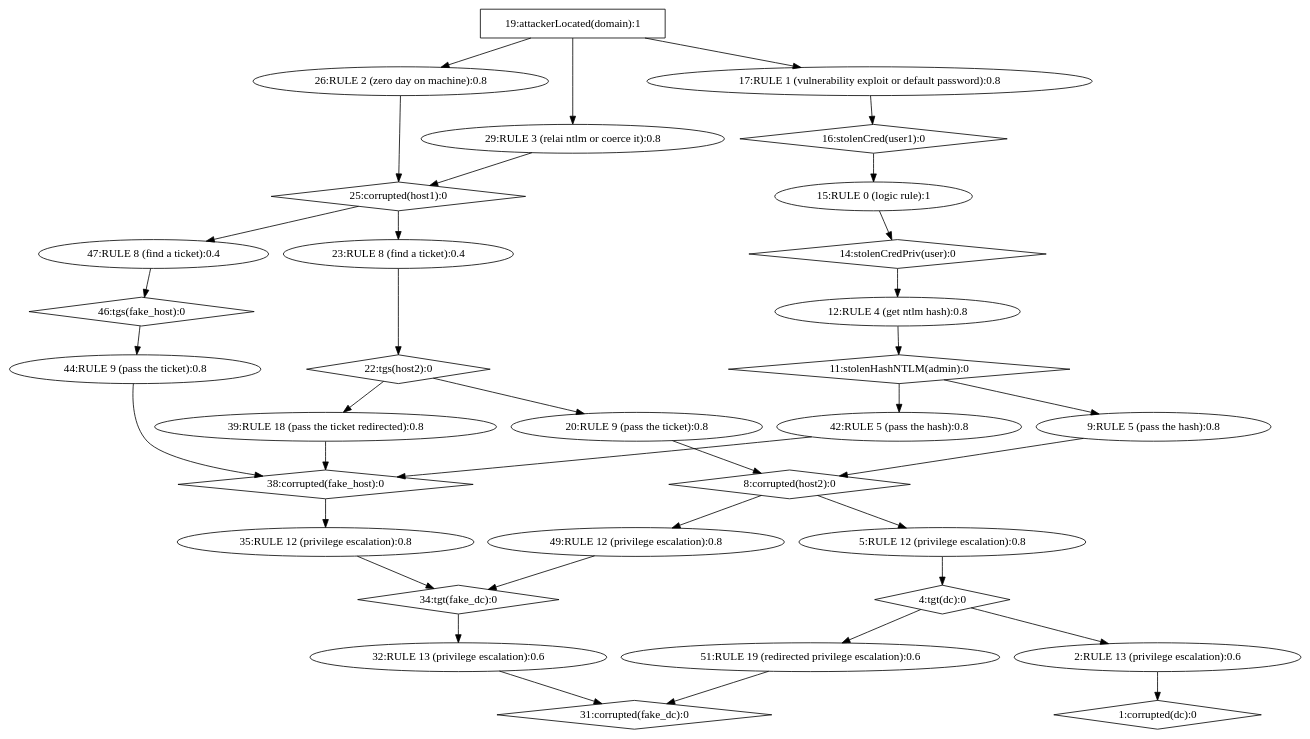
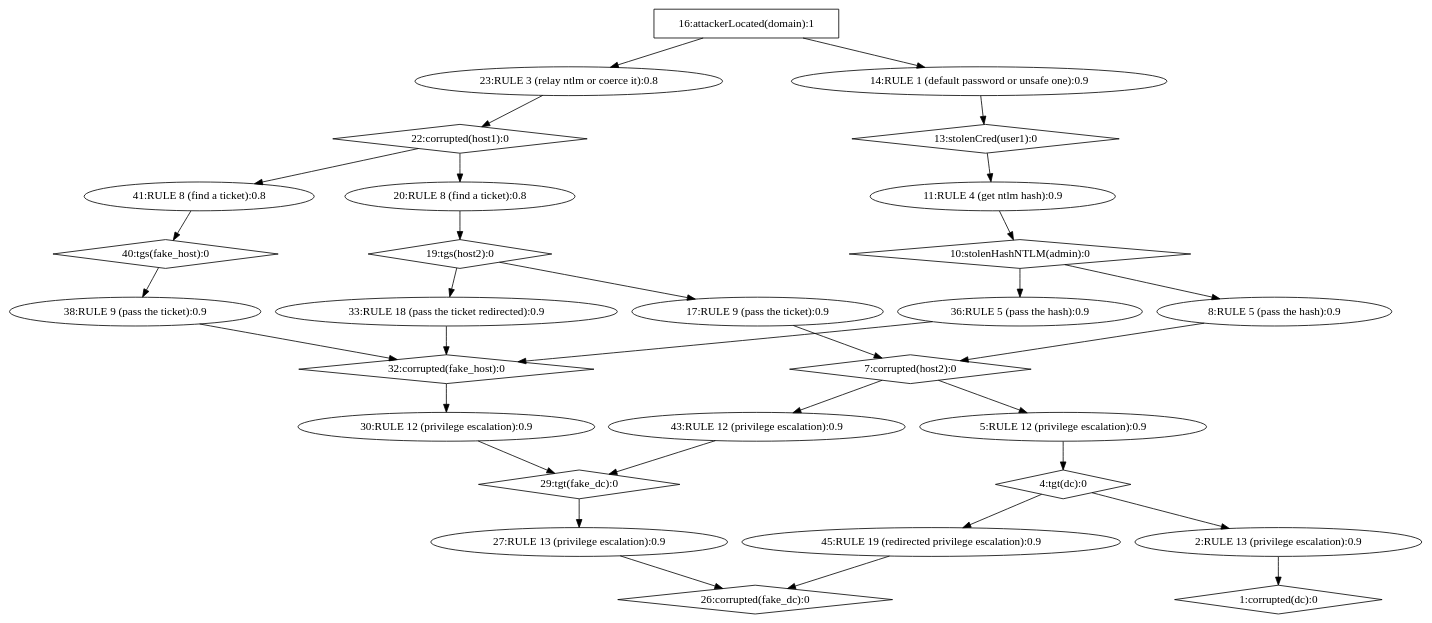
The diagram in Personnal_simulations/output_HightLevel/attack_paths/ag-reduced.dot (NathanaeldeLaChesnais/attacker_profiling_for_BAG_with_honeypots), drawn with Graphviz before and after one commit. The commit also changed 34 other files, not shown here.

```diff
--- a/Personnal_simulations/output_HightLevel/attack_paths/ag-reduced.dot
+++ b/Personnal_simulations/output_HightLevel/attack_paths/ag-reduced.dot
@@ -1,69 +1,62 @@
 strict digraph G {
   1 [ label="1:corrupted(dc):0" shape="diamond" CVE="null" ];
-  2 [ label="2:RULE 13 (privilege escalation):0.6" shape="ellipse" CVE="exploit_tgt" ];
+  2 [ label="2:RULE 13 (privilege escalation):0.9" shape="ellipse" CVE="exploit_tgt" ];
   3 [ label="4:tgt(dc):0" shape="diamond" CVE="null" ];
-  4 [ label="5:RULE 12 (privilege escalation):0.8" shape="ellipse" CVE="non_constraint_delegation" ];
-  5 [ label="8:corrupted(host2):0" shape="diamond" CVE="null" ];
-  6 [ label="9:RULE 5 (pass the hash):0.8" shape="ellipse" CVE="default_admin" ];
-  7 [ label="11:stolenHashNTLM(admin):0" shape="diamond" CVE="null" ];
-  8 [ label="12:RULE 4 (get ntlm hash):0.8" shape="ellipse" CVE="ntlm_hash" ];
-  9 [ label="14:stolenCredPriv(user):0" shape="diamond" CVE="null" ];
-  10 [ label="15:RULE 0 (logic rule):1" shape="ellipse" CVE="null" ];
-  11 [ label="16:stolenCred(user1):0" shape="diamond" CVE="null" ];
-  12 [ label="17:RULE 1 (vulnerability exploit or default password):0.8" shape="ellipse" CVE="bad_password" ];
-  13 [ label="19:attackerLocated(domain):1" shape="box" CVE="null" ];
-  14 [ label="20:RULE 9 (pass the ticket):0.8" shape="ellipse" CVE="ptt" ];
-  15 [ label="22:tgs(host2):0" shape="diamond" CVE="null" ];
-  16 [ label="23:RULE 8 (find a ticket):0.4" shape="ellipse" CVE="tgs" ];
-  17 [ label="25:corrupted(host1):0" shape="diamond" CVE="null" ];
-  18 [ label="26:RULE 2 (zero day on machine):0.8" shape="ellipse" CVE="zero_day" ];
-  19 [ label="29:RULE 3 (relai ntlm or coerce it):0.8" shape="ellipse" CVE="ntlm_bot" ];
-  20 [ label="31:corrupted(fake_dc):0" shape="diamond" CVE="null" ];
-  21 [ label="32:RULE 13 (privilege escalation):0.6" shape="ellipse" CVE="exploit_tgt" ];
-  22 [ label="34:tgt(fake_dc):0" shape="diamond" CVE="null" ];
-  23 [ label="35:RULE 12 (privilege escalation):0.8" shape="ellipse" CVE="non_constraint_delegation" ];
-  24 [ label="38:corrupted(fake_host):0" shape="diamond" CVE="null" ];
-  25 [ label="39:RULE 18 (pass the ticket redirected):0.8" shape="ellipse" CVE="ptt" ];
-  26 [ label="42:RULE 5 (pass the hash):0.8" shape="ellipse" CVE="default_admin" ];
-  27 [ label="44:RULE 9 (pass the ticket):0.8" shape="ellipse" CVE="ptt" ];
-  28 [ label="46:tgs(fake_host):0" shape="diamond" CVE="null" ];
-  29 [ label="47:RULE 8 (find a ticket):0.4" shape="ellipse" CVE="tgs" ];
-  30 [ label="49:RULE 12 (privilege escalation):0.8" shape="ellipse" CVE="asks_kerberos_ticket" ];
-  31 [ label="51:RULE 19 (redirected privilege escalation):0.6" shape="ellipse" CVE="null" ];
-  13 -> 12 [ color="black" ];
-  12 -> 11 [ color="black" ];
+  4 [ label="5:RULE 12 (privilege escalation):0.9" shape="ellipse" CVE="asks_kerberos_ticket" ];
+  5 [ label="7:corrupted(host2):0" shape="diamond" CVE="null" ];
+  6 [ label="8:RULE 5 (pass the hash):0.9" shape="ellipse" CVE="default_admin" ];
+  7 [ label="10:stolenHashNTLM(admin):0" shape="diamond" CVE="null" ];
+  8 [ label="11:RULE 4 (get ntlm hash):0.9" shape="ellipse" CVE="ntlm_hash" ];
+  9 [ label="13:stolenCred(user1):0" shape="diamond" CVE="null" ];
+  10 [ label="14:RULE 1 (default password or unsafe one):0.9" shape="ellipse" CVE="bad_password" ];
+  11 [ label="16:attackerLocated(domain):1" shape="box" CVE="null" ];
+  12 [ label="17:RULE 9 (pass the ticket):0.9" shape="ellipse" CVE="ptt" ];
+  13 [ label="19:tgs(host2):0" shape="diamond" CVE="null" ];
+  14 [ label="20:RULE 8 (find a ticket):0.8" shape="ellipse" CVE="tgs" ];
+  15 [ label="22:corrupted(host1):0" shape="diamond" CVE="null" ];
+  16 [ label="23:RULE 3 (relay ntlm or coerce it):0.8" shape="ellipse" CVE="relay_ntlm_bot" ];
+  17 [ label="26:corrupted(fake_dc):0" shape="diamond" CVE="null" ];
+  18 [ label="27:RULE 13 (privilege escalation):0.9" shape="ellipse" CVE="exploit_tgt" ];
+  19 [ label="29:tgt(fake_dc):0" shape="diamond" CVE="null" ];
+  20 [ label="30:RULE 12 (privilege escalation):0.9" shape="ellipse" CVE="asks_kerberos_ticket" ];
+  21 [ label="32:corrupted(fake_host):0" shape="diamond" CVE="null" ];
+  22 [ label="33:RULE 18 (pass the ticket redirected):0.9" shape="ellipse" CVE="ptt" ];
+  23 [ label="36:RULE 5 (pass the hash):0.9" shape="ellipse" CVE="default_admin" ];
+  24 [ label="38:RULE 9 (pass the ticket):0.9" shape="ellipse" CVE="ptt" ];
+  25 [ label="40:tgs(fake_host):0" shape="diamond" CVE="null" ];
+  26 [ label="41:RULE 8 (find a ticket):0.8" shape="ellipse" CVE="tgs" ];
+  27 [ label="43:RULE 12 (privilege escalation):0.9" shape="ellipse" CVE="asks_kerberos_ticket" ];
+  28 [ label="45:RULE 19 (redirected privilege escalation):0.9" shape="ellipse" CVE="null" ];
   11 -> 10 [ color="black" ];
   10 -> 9 [ color="black" ];
   9 -> 8 [ color="black" ];
   8 -> 7 [ color="black" ];
   7 -> 6 [ color="black" ];
   6 -> 5 [ color="black" ];
-  13 -> 18 [ color="black" ];
-  18 -> 17 [ color="black" ];
-  13 -> 19 [ color="black" ];
-  19 -> 17 [ color="black" ];
-  17 -> 16 [ color="black" ];
+  11 -> 16 [ color="black" ];
   16 -> 15 [ color="black" ];
   15 -> 14 [ color="black" ];
-  14 -> 5 [ color="black" ];
+  14 -> 13 [ color="black" ];
+  13 -> 12 [ color="black" ];
+  12 -> 5 [ color="black" ];
   5 -> 4 [ color="black" ];
   4 -> 3 [ color="black" ];
   3 -> 2 [ color="black" ];
   2 -> 1 [ color="black" ];
-  15 -> 25 [ color="black" ];
+  13 -> 22 [ color="black" ];
+  22 -> 21 [ color="black" ];
+  7 -> 23 [ color="black" ];
+  23 -> 21 [ color="black" ];
+  15 -> 26 [ color="black" ];
+  26 -> 25 [ color="black" ];
   25 -> 24 [ color="black" ];
-  7 -> 26 [ color="black" ];
-  26 -> 24 [ color="black" ];
-  17 -> 29 [ color="black" ];
-  29 -> 28 [ color="black" ];
-  28 -> 27 [ color="black" ];
-  27 -> 24 [ color="black" ];
-  24 -> 23 [ color="black" ];
-  23 -> 22 [ color="black" ];
-  5 -> 30 [ color="black" ];
-  30 -> 22 [ color="black" ];
-  22 -> 21 [ color="black" ];
+  24 -> 21 [ color="black" ];
   21 -> 20 [ color="black" ];
-  3 -> 31 [ color="black" ];
-  31 -> 20 [ color="black" ];
+  20 -> 19 [ color="black" ];
+  5 -> 27 [ color="black" ];
+  27 -> 19 [ color="black" ];
+  19 -> 18 [ color="black" ];
+  18 -> 17 [ color="black" ];
+  3 -> 28 [ color="black" ];
+  28 -> 17 [ color="black" ];
 }
```
